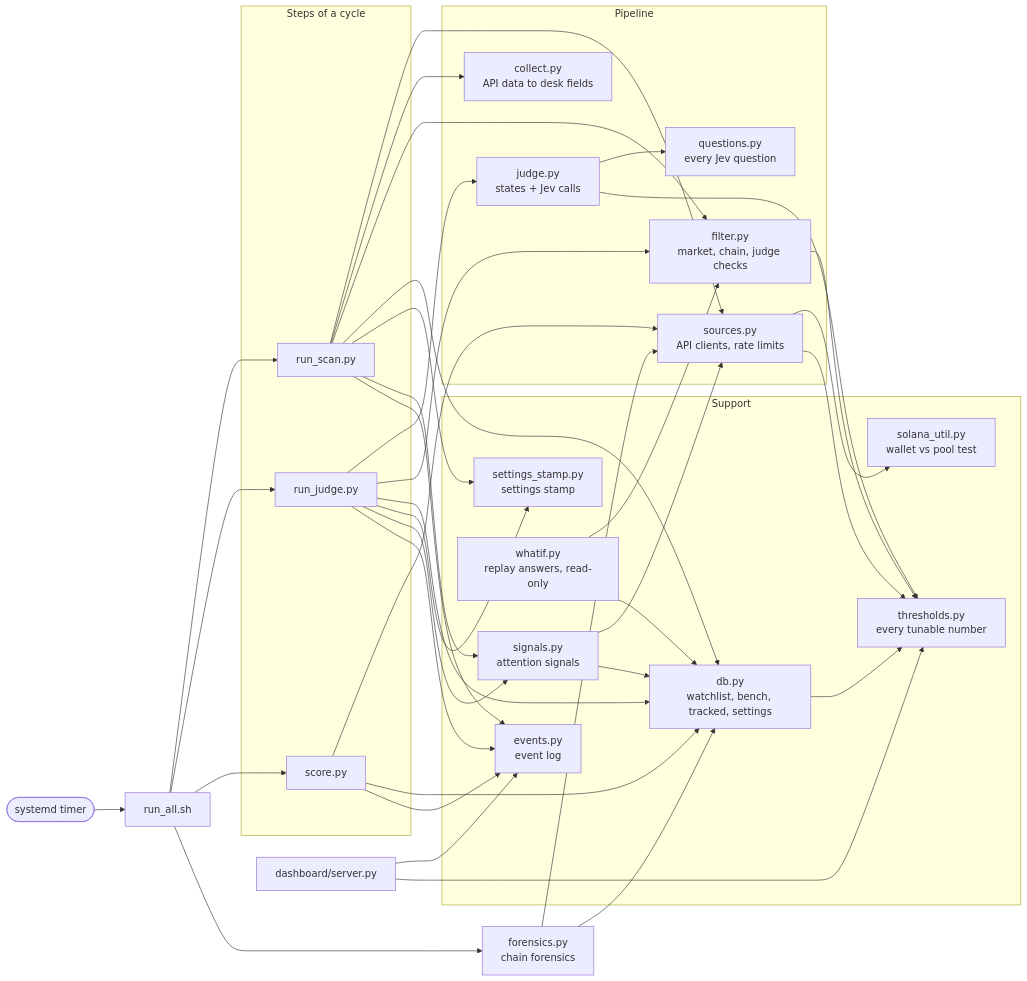
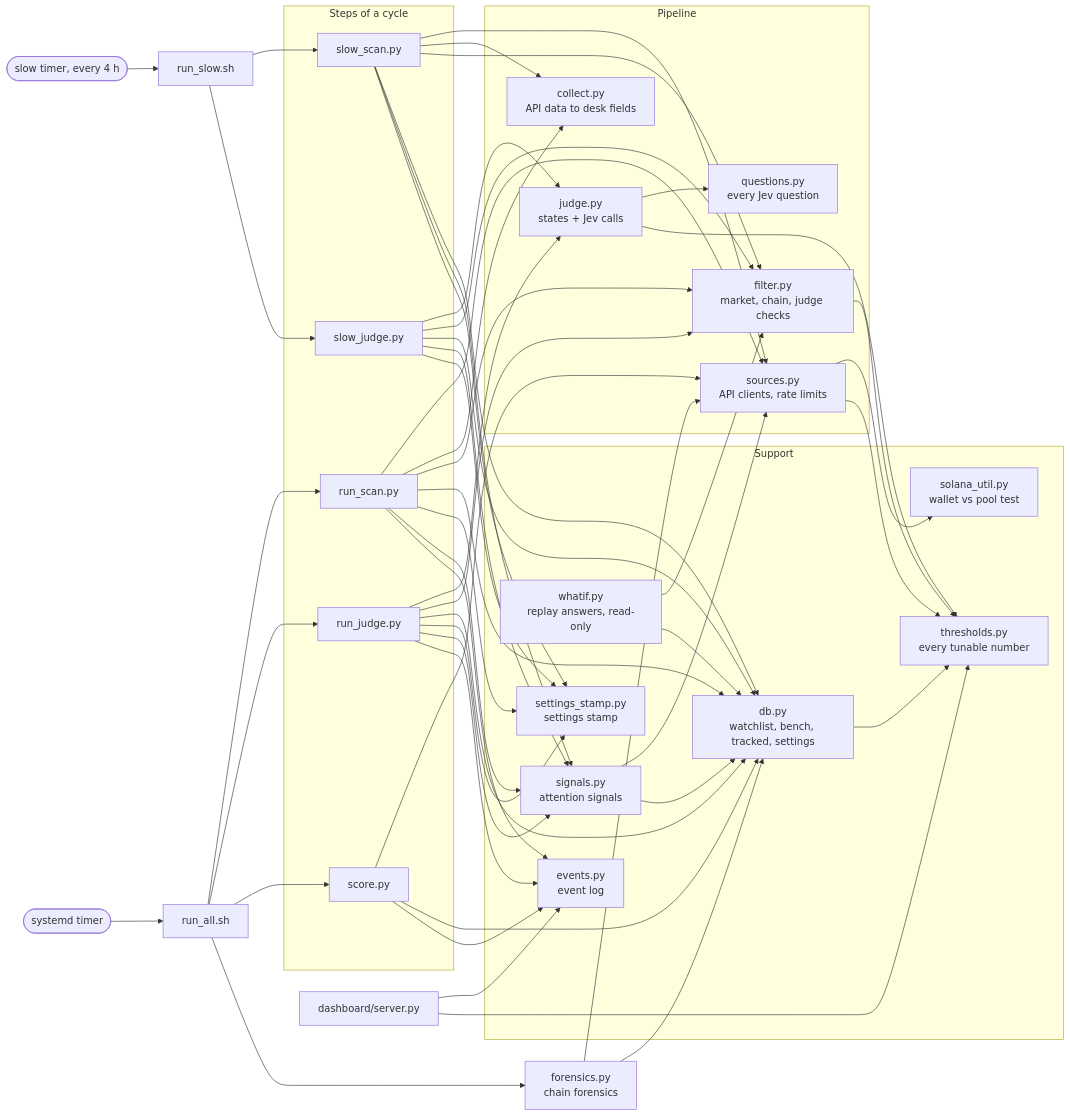
Diagram 12 of 12 in ARCHITECTURE.md (NickHammer/jev-desk), drawn with Mermaid before and after one commit. The commit also changed other lines of this file and 19 other files, not shown here.

First line of the commit message:
Slow desk: older survivors every 4 hours, scored at 1d / 3d / 7d

````diff
--- a/ARCHITECTURE.md
+++ b/ARCHITECTURE.md
@@ -403,40 +436,46 @@
 ```mermaid
 flowchart LR
     subgraph entry["Steps of a cycle"]
         rs["run_scan.py"]
         rj["run_judge.py"]
         sc["score.py"]
+        ss["slow_scan.py"]
+        sj["slow_judge.py"]
     end
     subgraph core["Pipeline"]
         src["sources.py<br/>API clients, rate limits"]
         col["collect.py<br/>API data to desk fields"]
         fil["filter.py<br/>market, chain, judge checks"]
         jd["judge.py<br/>states + Jev calls"]
         qs["questions.py<br/>every Jev question"]
     end
     subgraph support["Support"]
         th["thresholds.py<br/>every tunable number"]
         ev2["events.py<br/>event log"]
         db["db.py<br/>watchlist, bench, tracked, settings"]
         st["settings_stamp.py<br/>settings stamp"]
         wi["whatif.py<br/>replay answers, read-only"]
         sg["signals.py<br/>attention signals"]
         su["solana_util.py<br/>wallet vs pool test"]
     end
     tm(["systemd timer"]) --> ra["run_all.sh"]
     ra --> rs & rj & sc
     ra --> fo["forensics.py<br/>chain forensics"]
+    tm2(["slow timer, every 4 h"]) --> rsl["run_slow.sh"]
+    rsl --> ss & sj
+    ss --> src & col & fil & db & sg & st
+    sj --> jd & fil & db & sg & st
     fo --> src & db
     rs --> src & col & fil & db
     rj --> jd & fil & db
     sc --> src & db
     rs & rj --> st
     wi --> fil & db
     rs & rj --> sg
     sg --> src & db
     jd --> qs
     src --> su
     src & fil & db & jd --> th
     rs & rj & sc --> ev2
     ds["dashboard/server.py"] --> ev2 & th
 ```
````
